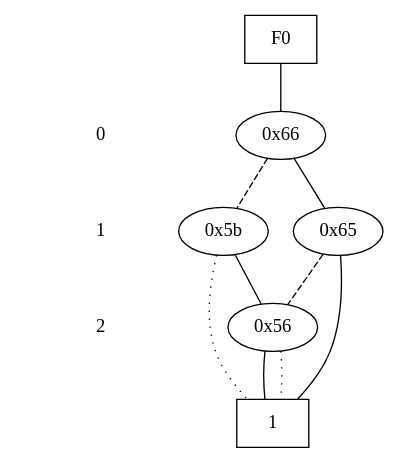
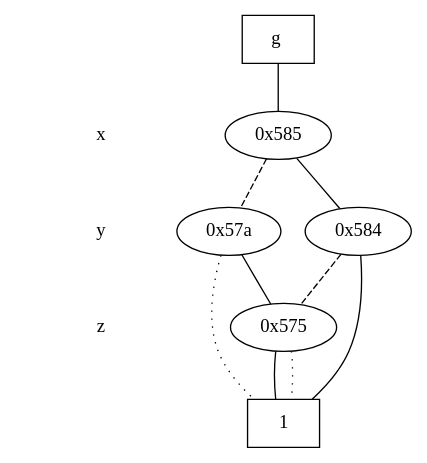
The diagram in cudd-3.0.0/hw5_quo.dot (steefbrown/ece6740), drawn with Graphviz before and after one commit. The commit also changed 26 other files, not shown here.

```diff
--- a/cudd-3.0.0/hw5_quo.dot
+++ b/cudd-3.0.0/hw5_quo.dot
@@ -1,36 +1,36 @@
 digraph "DD" {
 size = "7.5,10"
 center = true;
 edge [dir = none];
 { node [shape = plaintext];
   edge [style = invis];
   "CONST NODES" [style = invis];
-" 0 " -> " 1 " -> " 2 " -> "CONST NODES"; 
+" x " -> " y " -> " z " -> "CONST NODES"; 
 }
 { rank = same; node [shape = box]; edge [style = invis];
-"F0"; }
-{ rank = same; " 0 ";
-"0x66";
+"  g  "; }
+{ rank = same; " x ";
+"0x585";
 }
-{ rank = same; " 1 ";
-"0x5b";
-"0x65";
+{ rank = same; " y ";
+"0x57a";
+"0x584";
 }
-{ rank = same; " 2 ";
-"0x56";
+{ rank = same; " z ";
+"0x575";
 }
 { rank = same; "CONST NODES";
-{ node [shape = box]; "0x50";
+{ node [shape = box]; "0x56f";
 }
 }
-"F0" -> "0x66" [style = solid];
-"0x66" -> "0x65";
-"0x66" -> "0x5b" [style = dashed];
-"0x5b" -> "0x56";
-"0x5b" -> "0x50" [style = dotted];
-"0x65" -> "0x50";
-"0x65" -> "0x56" [style = dashed];
-"0x56" -> "0x50";
-"0x56" -> "0x50" [style = dotted];
-"0x50" [label = "1"];
+"  g  " -> "0x585" [style = solid];
+"0x585" -> "0x584";
+"0x585" -> "0x57a" [style = dashed];
+"0x57a" -> "0x575";
+"0x57a" -> "0x56f" [style = dotted];
+"0x584" -> "0x56f";
+"0x584" -> "0x575" [style = dashed];
+"0x575" -> "0x56f";
+"0x575" -> "0x56f" [style = dotted];
+"0x56f" [label = "1"];
 }
```
